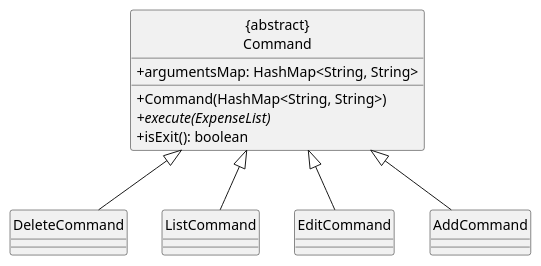
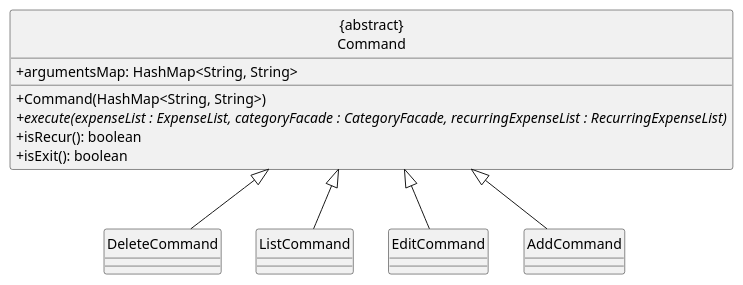
The diagram in docs/diagrams/plantuml/CommandInheritance.puml (nus-cs2113-AY2425S1/tp), drawn with PlantUML before and after one commit. The commit also changed 3 other files, not shown here.

```diff
--- a/docs/diagrams/plantuml/CommandInheritance.puml
+++ b/docs/diagrams/plantuml/CommandInheritance.puml
@@ -1,25 +1,26 @@
 @startuml
 skinparam classAttributeIconSize 0
 hide circle
 
 class "{abstract}\nCommand" {
     +argumentsMap: HashMap<String, String>
     +Command(HashMap<String, String>)
-    +execute(ExpenseList) {abstract}
+    +execute(expenseList : ExpenseList, categoryFacade : CategoryFacade, recurringExpenseList : RecurringExpenseList) {abstract}
+    +isRecur(): boolean
     +isExit(): boolean
 }
 
 
 together {
     class AddCommand
     class EditCommand
     class ListCommand
     class DeleteCommand
 }
 
 AddCommand -up-|> "{abstract}\nCommand"
 EditCommand-up-|> "{abstract}\nCommand"
 ListCommand -up-|> "{abstract}\nCommand"
 DeleteCommand -up-|> "{abstract}\nCommand"
 
 @enduml
```
